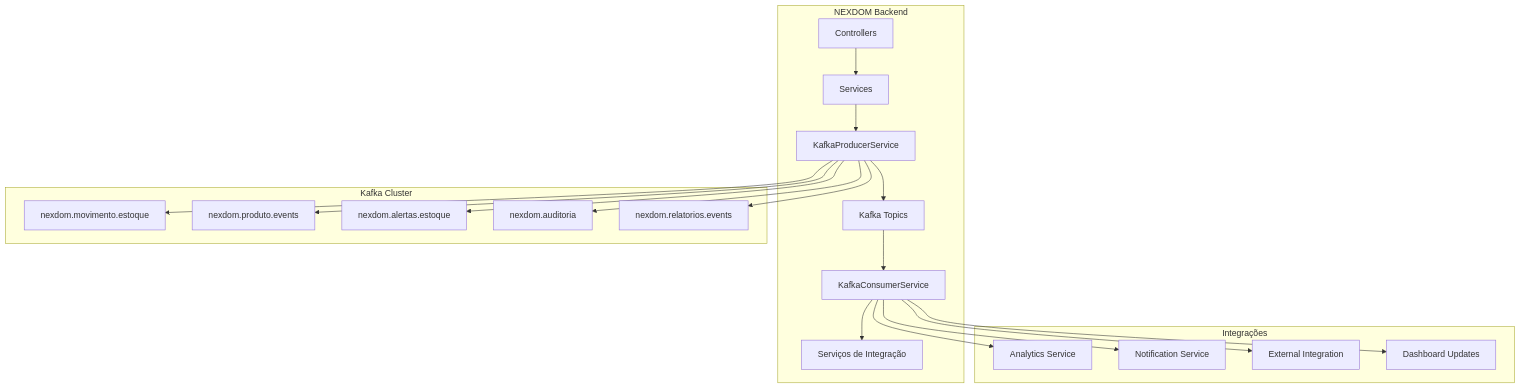
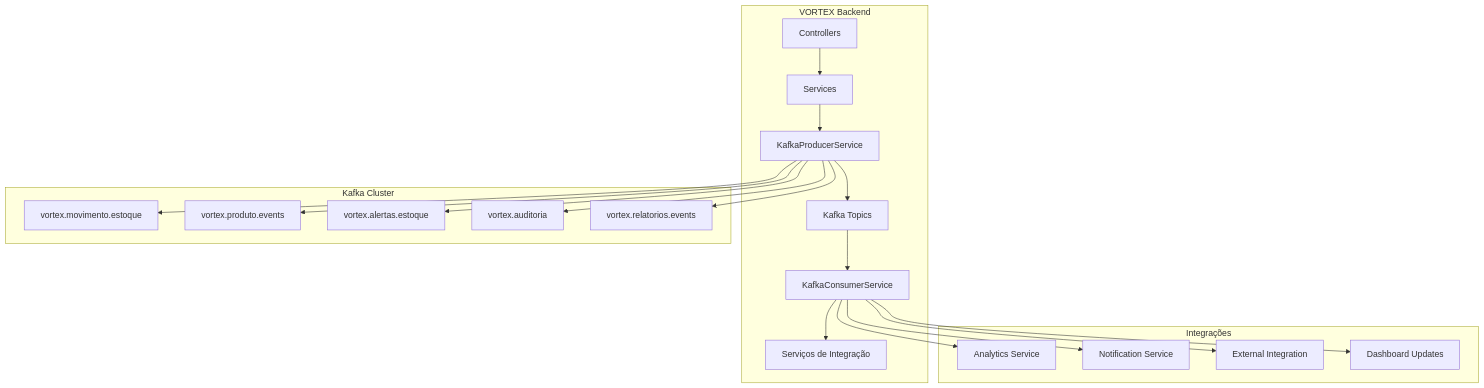
The diagram in infra/docs/README-KAFKA.md (caiocv18/vortex), drawn with Mermaid before and after one commit. The commit also changed other lines of this file and 134 other files, not shown here.

First line of the commit message:
Refactor project structure and update documentation to reflect the transition from NEXDOM to VORTEX.

````diff
--- a/infra/docs/README-KAFKA.md
+++ b/infra/docs/README-KAFKA.md
@@ -11,36 +11,36 @@
 ```mermaid
 graph TB
-    subgraph "NEXDOM Backend"
+    subgraph "VORTEX Backend"
         A[Controllers] --> B[Services]
         B --> C[KafkaProducerService]
         C --> D[Kafka Topics]
         D --> E[KafkaConsumerService]
         E --> F[Serviços de Integração]
     end
     
     subgraph "Kafka Cluster"
-        D1[nexdom.movimento.estoque]
-        D2[nexdom.produto.events]
-        D3[nexdom.alertas.estoque]
-        D4[nexdom.auditoria]
-        D5[nexdom.relatorios.events]
+        D1[vortex.movimento.estoque]
+        D2[vortex.produto.events]
+        D3[vortex.alertas.estoque]
+        D4[vortex.auditoria]
+        D5[vortex.relatorios.events]
     end
     
     subgraph "Integrações"
         F1[Analytics Service]
         F2[Notification Service]
         F3[External Integration]
         F4[Dashboard Updates]
     end
     
     C --> D1
     C --> D2
     C --> D3
     C --> D4
     C --> D5
     
     E --> F1
     E --> F2
     E --> F3
     E --> F4
 ```
````
